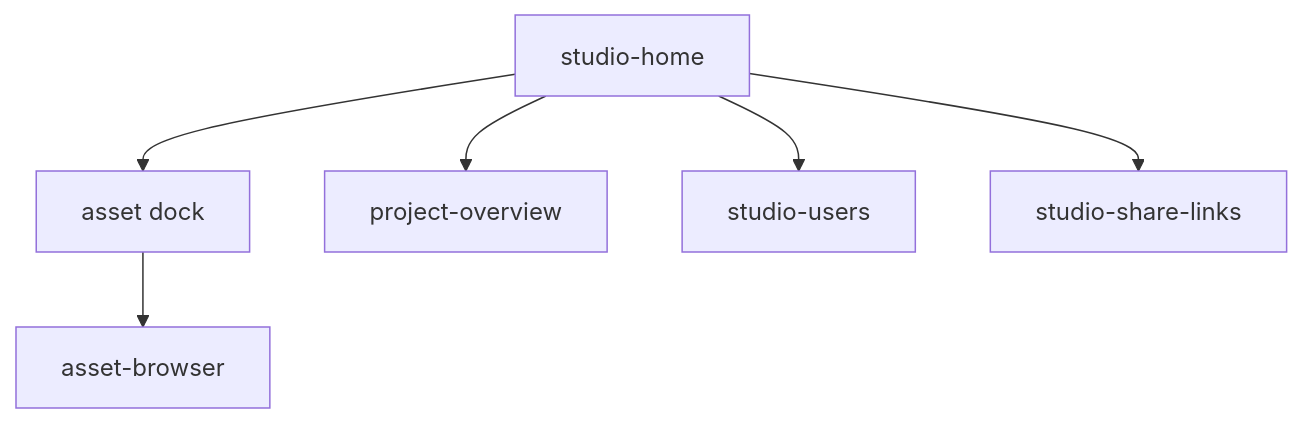
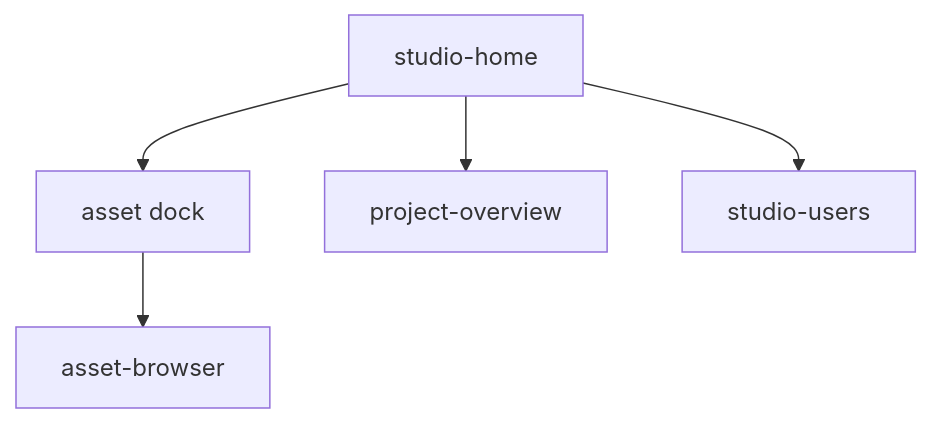
Before and after one commit to JollyPixel/editor: the fifth of 6 diagrams in packages/studio/ARCHITECTURE.md, drawn with Mermaid. The commit also changed other lines of this file and 300 other files, not shown here.

````diff
--- a/packages/studio/ARCHITECTURE.md
+++ b/packages/studio/ARCHITECTURE.md
@@ -204,14 +251,12 @@
 ```mermaid
 flowchart TB
   Home["studio-home"]
   Dock["asset dock"]
   Overview["project-overview"]
   Browser["asset-browser"]
   Users["studio-users"]
-  Links["studio-share-links"]
   Home --> Dock
   Home --> Overview
   Home --> Users
-  Home --> Links
   Dock --> Browser
 ```
````
